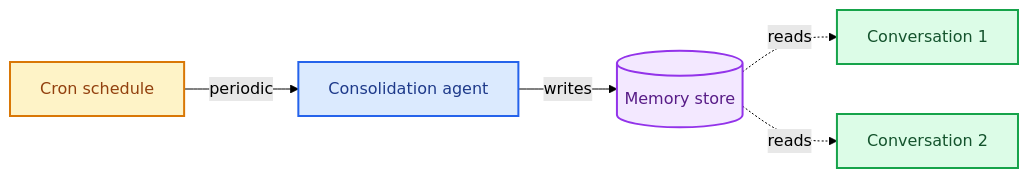
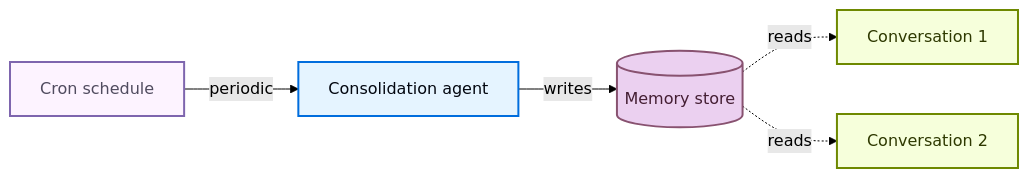
Before and after one commit to kunfan96/cndocs-langchain: the diagram in oss/javascript/deepagents/memory.mdx, drawn with Mermaid (forest theme). The commit also changed other lines of this file and 2538 other files, not shown here.

````diff
--- a/oss/javascript/deepagents/memory.mdx
+++ b/oss/javascript/deepagents/memory.mdx
@@ -406,17 +441,17 @@
 ```mermaid
 graph LR
     Store[(Memory store)] -.->|reads| Conv1[Conversation 1]
     Store -.->|reads| Conv2[Conversation 2]
     Cron[Cron schedule] -->|periodic| Agent[Consolidation agent]
     Agent -->|writes| Store
 
-    classDef trigger fill:#DCFCE7,stroke:#16A34A,stroke-width:2px,color:#14532D
-    classDef process fill:#DBEAFE,stroke:#2563EB,stroke-width:2px,color:#1E3A8A
-    classDef output fill:#F3E8FF,stroke:#9333EA,stroke-width:2px,color:#581C87
-    classDef schedule fill:#FEF3C7,stroke:#D97706,stroke-width:2px,color:#92400E
+    classDef trigger fill:#F6FFDB,stroke:#6E8900,stroke-width:2px,color:#2E3900
+    classDef process fill:#E5F4FF,stroke:#006DDD,stroke-width:2px,color:#030710
+    classDef output fill:#EBD0F0,stroke:#885270,stroke-width:2px,color:#441E33
+    classDef schedule fill:#FDF3FF,stroke:#7E65AE,stroke-width:2px,color:#504B5F
 
     class Conv1,Conv2 trigger
     class Agent process
     class Store output
     class Cron schedule
 ```
````
